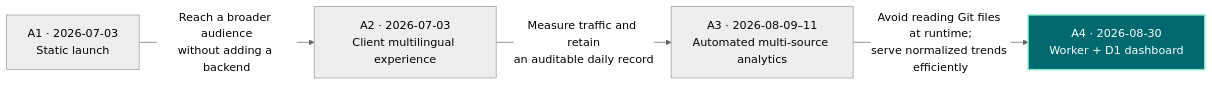
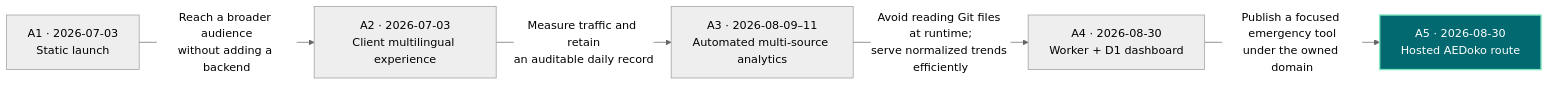
The second of 2 diagrams in README.md (sunveda/sunveda.tech), drawn with Mermaid (neutral theme) before and after one commit. The commit also changed other lines of this file and 9 other files, not shown here.

Commit message:
Add AEDoko application route

````diff
--- a/README.md
+++ b/README.md
@@ -123,14 +136,16 @@
 ```mermaid
 flowchart LR
   A1["A1 · 2026-07-03<br/>Static launch"]
   A2["A2 · 2026-07-03<br/>Client multilingual experience"]
   A3["A3 · 2026-08-09–11<br/>Automated multi-source analytics"]
   A4["A4 · 2026-08-30<br/>Worker + D1 dashboard"]
+  A5["A5 · 2026-08-30<br/>Hosted AEDoko route"]
 
   A1 -->|Reach a broader audience<br/>without adding a backend| A2
   A2 -->|Measure traffic and retain<br/>an auditable daily record| A3
   A3 -->|Avoid reading Git files at runtime;<br/>serve normalized trends efficiently| A4
+  A4 -->|Publish a focused emergency tool<br/>under the owned domain| A5
 
   classDef current fill:#01696f,color:#fff,stroke:#83e6c2,stroke-width:2px;
-  class A4 current;
+  class A5 current;
 ```
````
